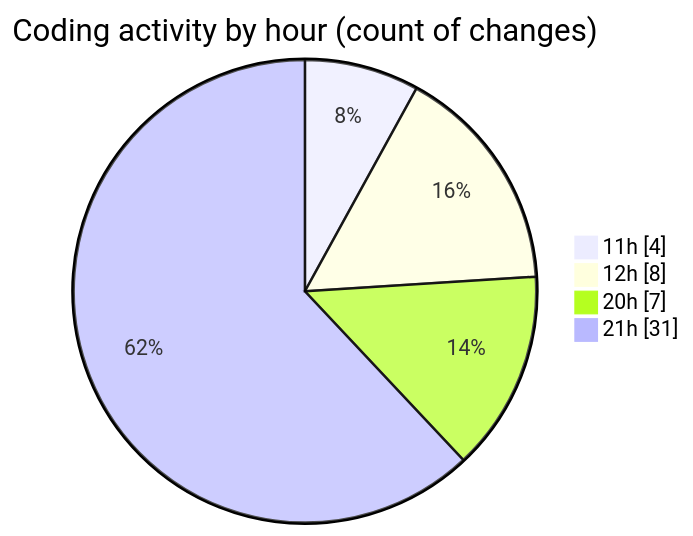
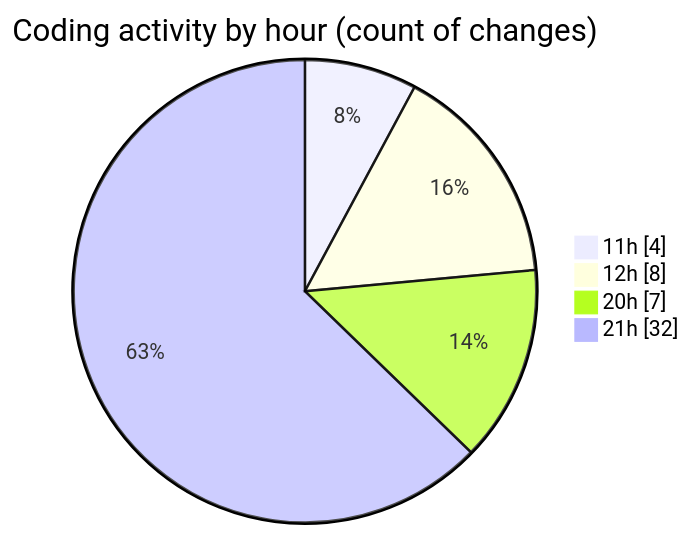
The second of 2 diagrams in 2025-10-24/javacript/README.md (nxtqubesakshisongat/code-tracking), drawn with Mermaid before and after one commit. The commit also changed other lines of this file and 1 other file, not shown here.

````diff
--- a/2025-10-24/javacript/README.md
+++ b/2025-10-24/javacript/README.md
@@ -28,8 +28,8 @@
 ```mermaid
 pie showData
 title Coding activity by hour (count of changes)
 "11h" : 4
 "12h" : 8
 "20h" : 7
-"21h" : 31
+"21h" : 32
 ```
````
